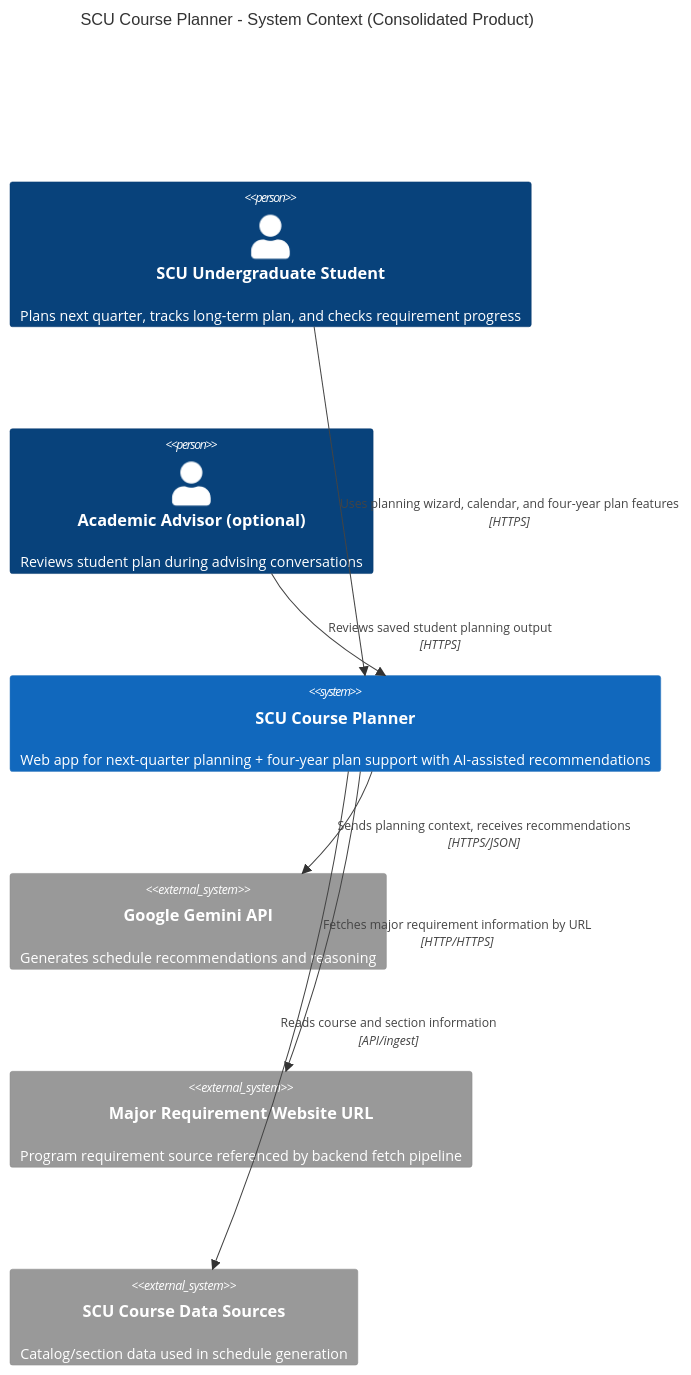
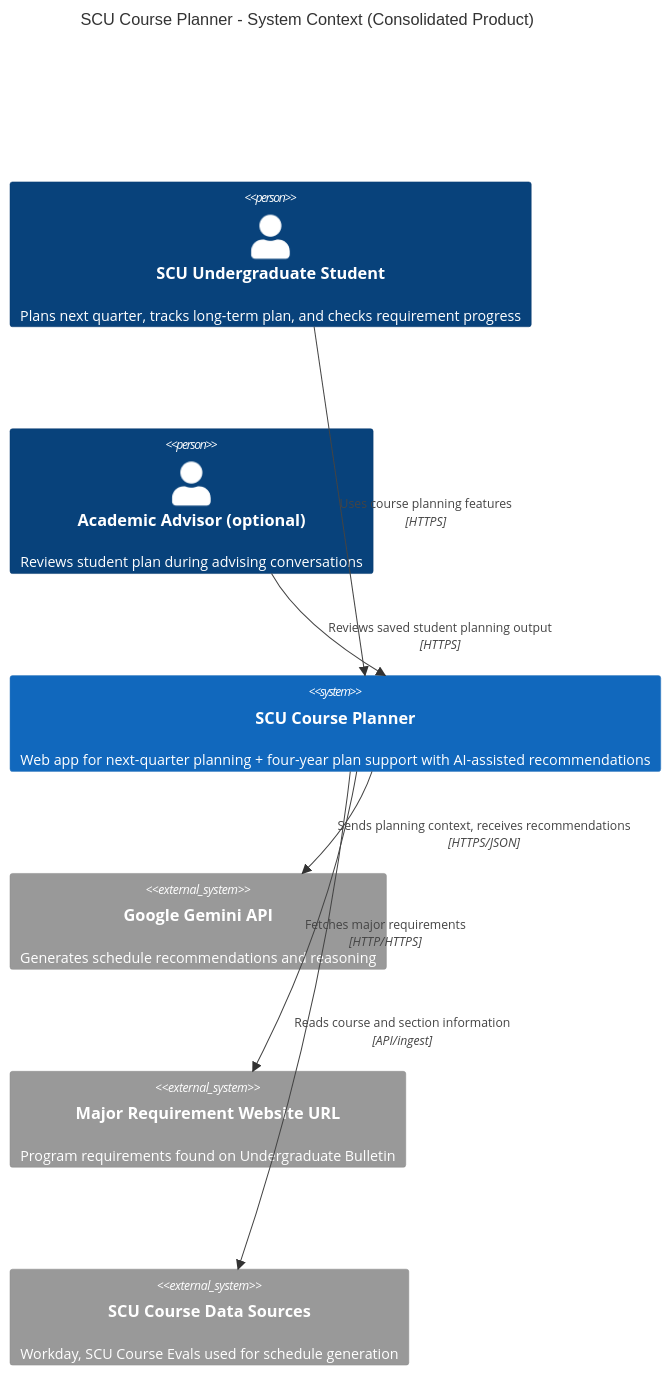
One commit to CSEN-SCU/csen-174-s26-team-project-course-planner changed the first of 2 diagrams in architecture/architecture.md. Above: the diagram before and after it, drawn with Mermaid. The commit also changed other lines of this file and 1 other file, not shown here.

Commit message:
Week 4 assignment adjustments

````diff
--- a/architecture/architecture.md
+++ b/architecture/architecture.md
@@ -24,19 +24,19 @@
 ```mermaid
 C4Context
     title SCU Course Planner - System Context (Consolidated Product)
 
     Person(student, "SCU Undergraduate Student", "Plans next quarter, tracks long-term plan, and checks requirement progress")
     Person(advisor, "Academic Advisor (optional)", "Reviews student plan during advising conversations")
 
     System(coursePlanner, "SCU Course Planner", "Web app for next-quarter planning + four-year plan support with AI-assisted recommendations")
 
     System_Ext(gemini, "Google Gemini API", "Generates schedule recommendations and reasoning")
-    System_Ext(majorWeb, "Major Requirement Website URL", "Program requirement source referenced by backend fetch pipeline")
-    System_Ext(scuData, "SCU Course Data Sources", "Catalog/section data used in schedule generation")
+    System_Ext(majorWeb, "Major Requirement Website URL", "Program requirements found on Undergraduate Bulletin")
+    System_Ext(scuData, "SCU Course Data Sources", "Workday, SCU Course Evals used for schedule generation")
 
-    Rel(student, coursePlanner, "Uses planning wizard, calendar, and four-year plan features", "HTTPS")
+    Rel(student, coursePlanner, "Uses course planning features", "HTTPS")
     Rel(advisor, coursePlanner, "Reviews saved student planning output", "HTTPS")
     Rel(coursePlanner, gemini, "Sends planning context, receives recommendations", "HTTPS/JSON")
-    Rel(coursePlanner, majorWeb, "Fetches major requirement information by URL", "HTTP/HTTPS")
+    Rel(coursePlanner, majorWeb, "Fetches major requirements", "HTTP/HTTPS")
     Rel(coursePlanner, scuData, "Reads course and section information", "API/ingest")
 ```
````
